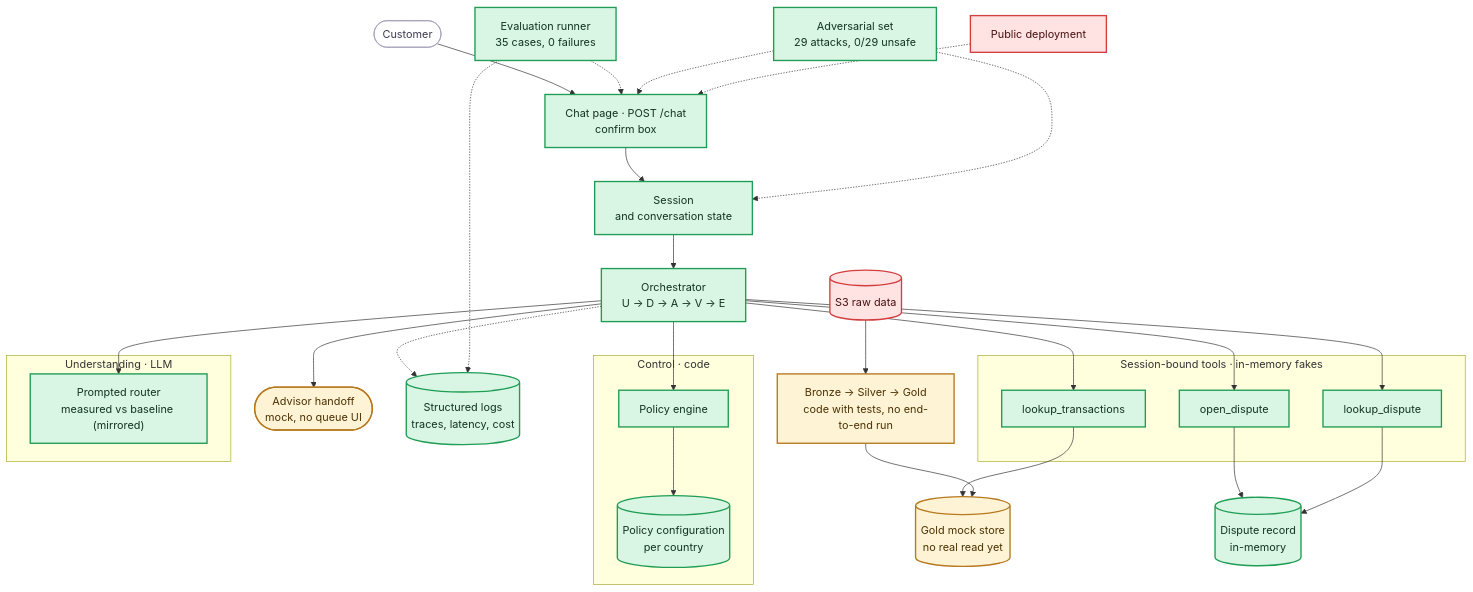
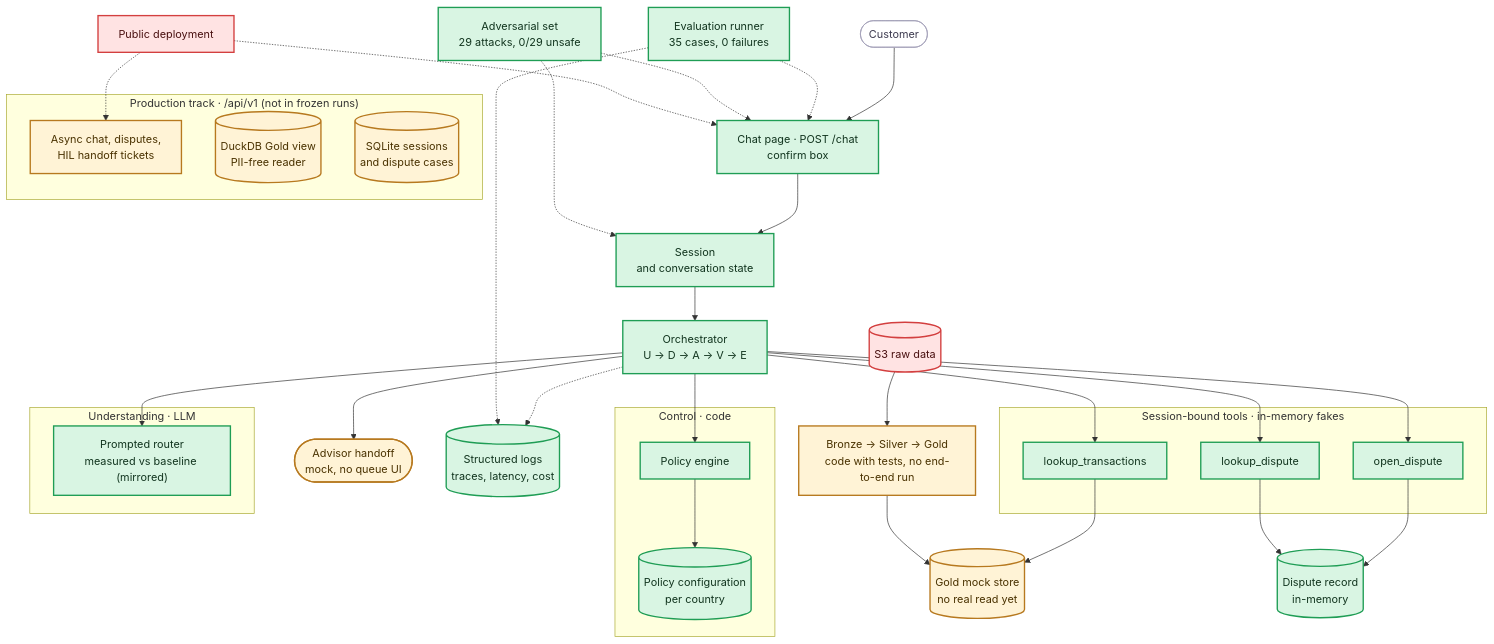
Before and after one commit to rdorta27/factored-hackathon-2026-sentinel-engine: the diagram in team/component-status.md, drawn with Mermaid. The commit also changed other lines of this file and 5 other files, not shown here.

First line of the commit message:
docs: record merged production track across requirements team and readme

````diff
--- a/team/component-status.md
+++ b/team/component-status.md
@@ -7,45 +7,51 @@
 ```mermaid
 flowchart TB
     client(["Customer"]) --> chat["Chat page · POST /chat<br/>confirm box"]
     chat --> session["Session<br/>and conversation state"]
     session --> orch["Orchestrator<br/>U → D → A → V → E"]
 
     subgraph control["Control · code"]
         policy["Policy engine"]
         config[("Policy configuration<br/>per country")]
         policy --> config
     end
     subgraph toolset["Session-bound tools · in-memory fakes"]
         lookup["lookup_transactions"]
         open["open_dispute"]
         verify["lookup_dispute"]
     end
     subgraph brain["Understanding · LLM"]
         learned["Prompted router<br/>measured vs baseline (mirrored)"]
     end
 
     orch --> policy
     orch --> learned
     orch --> lookup & open & verify
     lookup --> goldmock[("Gold mock store<br/>no real read yet")]
     open --> disputes[("Dispute record<br/>in-memory")]
     verify --> disputes
     orch --> handoff(["Advisor handoff<br/>mock, no queue UI"])
     orch -.-> logs[("Structured logs<br/>traces, latency, cost")]
     evalr["Evaluation runner<br/>35 cases, 0 failures"] -.-> chat
     evalr -.-> logs
     tests["Adversarial set<br/>29 attacks, 0/29 unsafe"] -.-> chat
     tests -.-> session
     s3[("S3 raw data")] --> pipeline["Bronze → Silver → Gold<br/>code with tests, no end-to-end run"]
     pipeline --> goldmock
+    subgraph prod["Production track · /api/v1 (not in frozen runs)"]
+        prodapi["Async chat, disputes,<br/>HIL handoff tickets"]
+        prodgold[("DuckDB Gold view<br/>PII-free reader")]
+        proddb[("SQLite sessions<br/>and dispute cases")]
+    end
     deploy["Public deployment"] -.-> chat
+    deploy -.-> prodapi
 
     classDef done fill:#d9f5e3,stroke:#1f9d55,stroke-width:2px,color:#12351f
     classDef partial fill:#fff3d6,stroke:#b7791f,stroke-width:2px,color:#4a3200
     classDef missing fill:#ffe3e3,stroke:#d33f3f,stroke-width:2px,color:#4a1111
     classDef ext fill:#ffffff,stroke:#a09cb5,stroke-width:1px,color:#3d3a4f
     class chat,session,orch,policy,config,lookup,open,verify,disputes,logs,tests,learned,evalr done
-    class goldmock,handoff,pipeline partial
+    class goldmock,handoff,pipeline,prodapi,prodgold,proddb partial
     class deploy,s3 missing
     class client ext
 ```
````
